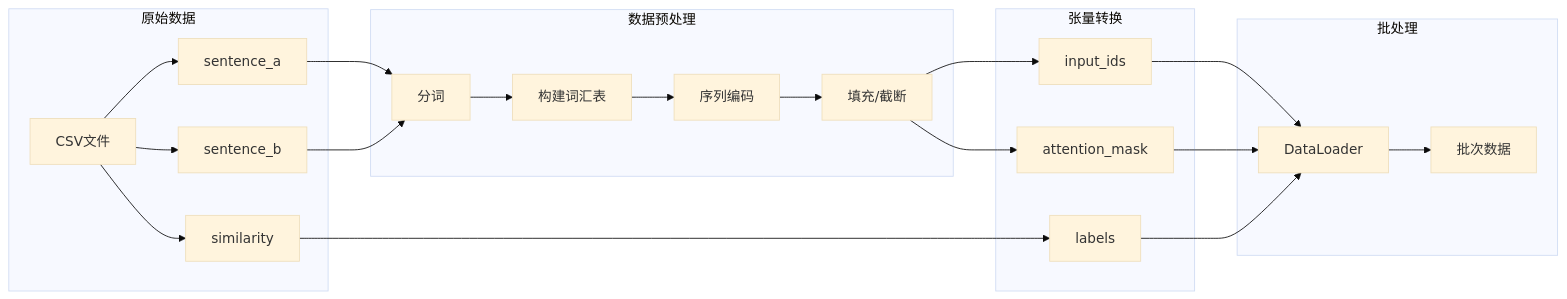
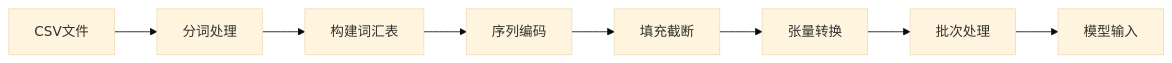
One commit to lizhenping/multi-head-self-attention changed the fourth of 7 diagrams in docs/architecture.md. Above: the diagram before and after it, drawn with Mermaid (base theme). The commit also changed other lines of this file, not shown here.

````diff
--- a/docs/architecture.md
+++ b/docs/architecture.md
@@ -148,43 +126,10 @@
 ```mermaid
 flowchart LR
-    subgraph raw_data ["原始数据"]
-        A["CSV文件"]
-        A1["sentence_a"]
-        A2["sentence_b"]
-        A3["similarity"]
-    end
-    
-    subgraph preprocessing ["数据预处理"]
-        B["分词"]
-        C["构建词汇表"]
-        D["序列编码"]
-        E["填充/截断"]
-    end
-    
-    subgraph tensor_convert ["张量转换"]
-        F["input_ids"]
-        G["attention_mask"]
-        H["labels"]
-    end
-    
-    subgraph batch_process ["批处理"]
-        I["DataLoader"]
-        J["批次数据"]
-    end
-    
-    A --> A1
-    A --> A2
-    A --> A3
-    A1 --> B
-    A2 --> B
-    B --> C
-    C --> D
-    D --> E
-    E --> F
-    E --> G
-    A3 --> H
-    F --> I
-    G --> I
-    H --> I
-    I --> J
+    A[CSV文件] --> B[分词处理]
+    B --> C[构建词汇表]
+    C --> D[序列编码]
+    D --> E[填充截断]
+    E --> F[张量转换]
+    F --> G[批次处理]
+    G --> H[模型输入]
 ```
````
